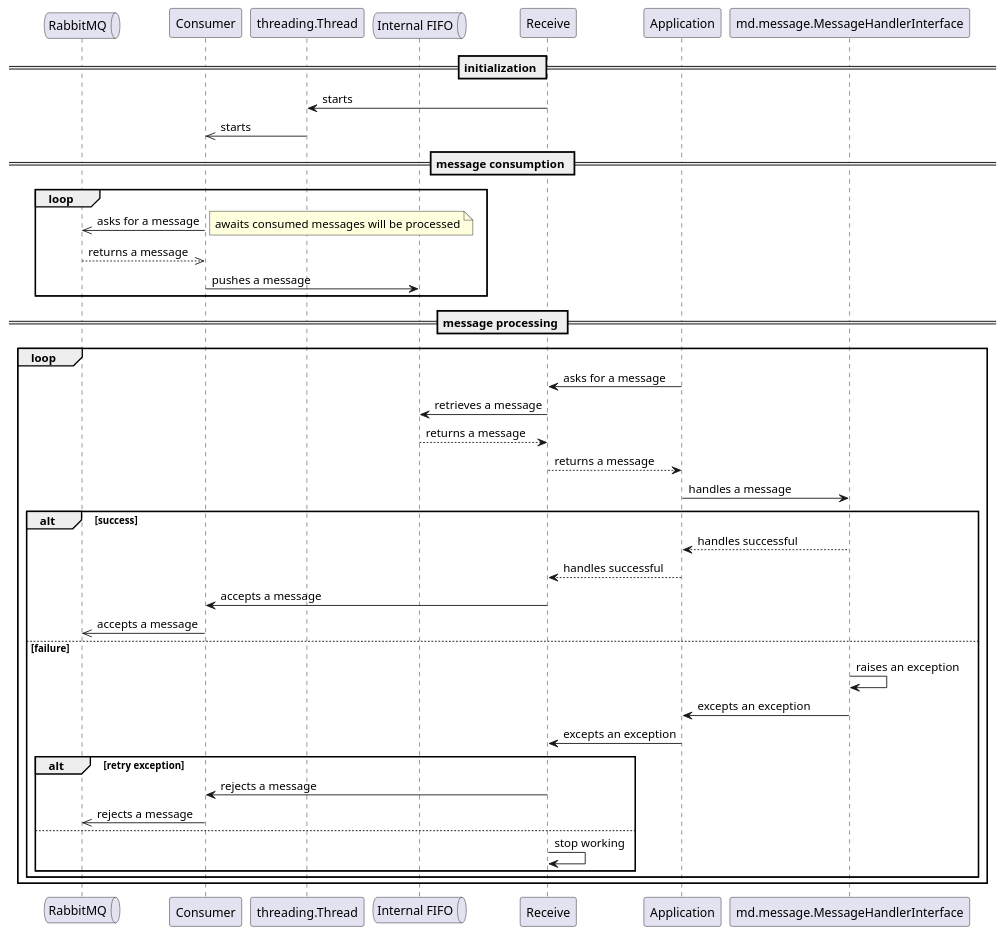
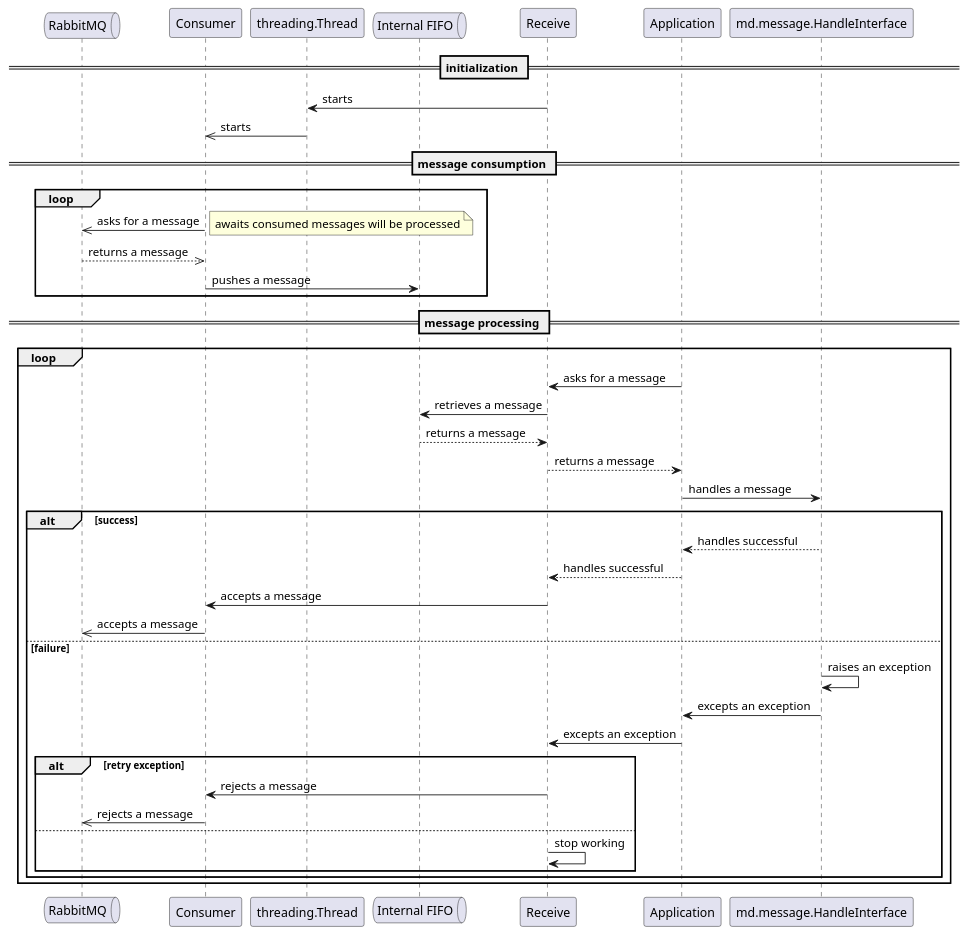
Before and after one commit to md-py/md.message.rabbitmq.pika: the diagram in docs/_static/adapter.pika.sequence-diagram.plantuml, drawn with PlantUML. The commit also changed 6 other files, not shown here.

Commit message:
fix: documentation diagrams enhancement (fix typos, remove unnecessary symbols)

```diff
--- a/docs/_static/adapter.pika.sequence-diagram.plantuml
+++ b/docs/_static/adapter.pika.sequence-diagram.plantuml
@@ -1,56 +1,56 @@
 @startuml
 
 queue "RabbitMQ" as mq
 participant Consumer as consumer
 participant "threading.Thread" as thread
 queue "Internal FIFO" as imq
 participant Receive
 participant Application as app
-participant "md.message.MessageHandlerInterface" as MessageHandler
+participant "md.message.HandleInterface" as MessageHandler
 
 == initialization ==
 
 Receive -> thread : starts
 thread ->> consumer : starts
 
 == message consumption ==
 
 loop
   consumer ->> mq : asks for a message
   note right
     awaits consumed messages will be processed
   end note
 
   mq -->> consumer : returns a message
   consumer -> imq : pushes a message
 end
 
 == message processing ==
 
 loop
   app -> Receive: asks for a message
   Receive -> imq : retrieves a message
   imq --> Receive: returns a message
   Receive --> app : returns a message
   app -> MessageHandler : handles a message
 
   alt success
     MessageHandler --> app : handles successful
     app --> Receive : handles successful
     Receive -> consumer : accepts a message
     consumer ->> mq : accepts a message
   else failure
     MessageHandler -> MessageHandler : raises an exception
     MessageHandler -> app : excepts an exception
     app -> Receive : excepts an exception
 
     alt retry exception
       Receive -> consumer : rejects a message
       consumer ->> mq : rejects a message
     else
       Receive -> Receive : stop working
     end
   end
 end
 
 @enduml
```
